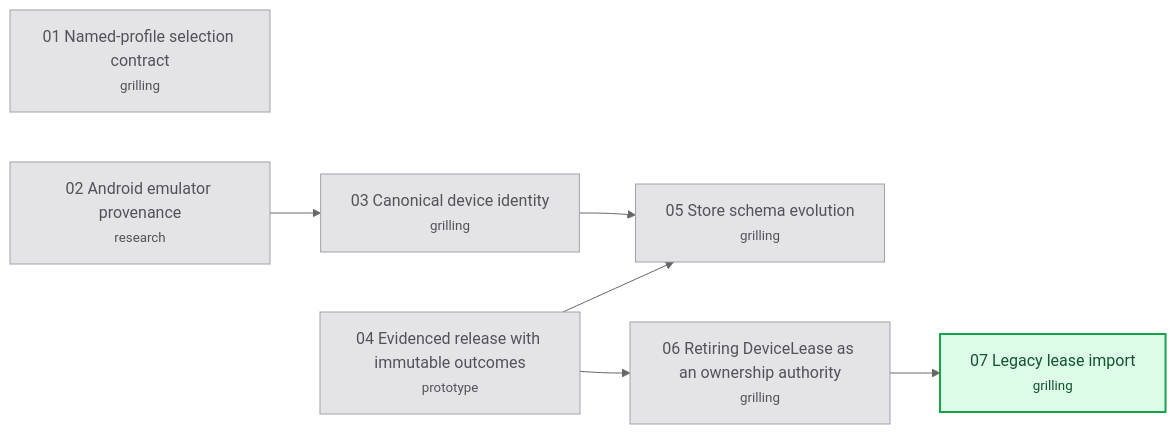
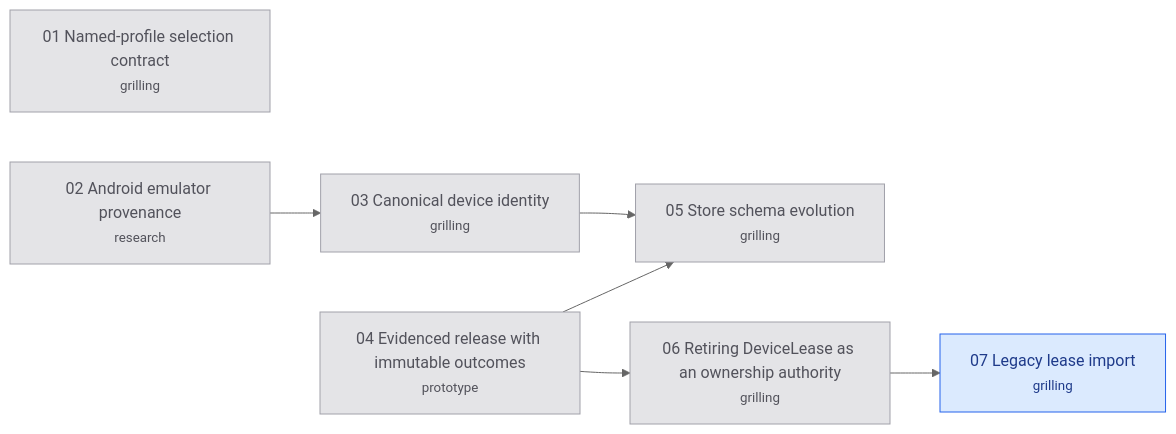
One commit to hugues-vnsgn/jev-ios-bridge changed the diagram in .scratch/appium-phase2/map.md. Above: the diagram before and after it, drawn with Mermaid (neutral theme). The commit also changed 1 other file, not shown here.

Commit message:
Claim Legacy lease import

````diff
--- a/.scratch/appium-phase2/map.md
+++ b/.scratch/appium-phase2/map.md
@@ -43,21 +43,21 @@
 ```mermaid
 flowchart LR
     T01["01 Named-profile selection contract<br/><small>grilling</small>"]
     T02["02 Android emulator provenance<br/><small>research</small>"]
     T03["03 Canonical device identity<br/><small>grilling</small>"]
     T04["04 Evidenced release with immutable outcomes<br/><small>prototype</small>"]
     T05["05 Store schema evolution<br/><small>grilling</small>"]
     T06["06 Retiring DeviceLease as an ownership authority<br/><small>grilling</small>"]
     T07["07 Legacy lease import<br/><small>grilling</small>"]
     T02 --> T03
     T03 --> T05
     T04 --> T05
     T04 --> T06
     T06 --> T07
     classDef resolved fill:#e4e4e7,stroke:#a1a1aa,color:#52525b
     classDef claimed fill:#dbeafe,stroke:#2563eb,color:#1e3a8a
     classDef frontier fill:#dcfce7,stroke:#16a34a,color:#14532d,stroke-width:2px
     classDef blocked fill:#ffffff,stroke:#a1a1aa,color:#18181b
     class T01,T02,T03,T04,T05,T06 resolved
-    class T07 frontier
+    class T07 claimed
 ```
````
